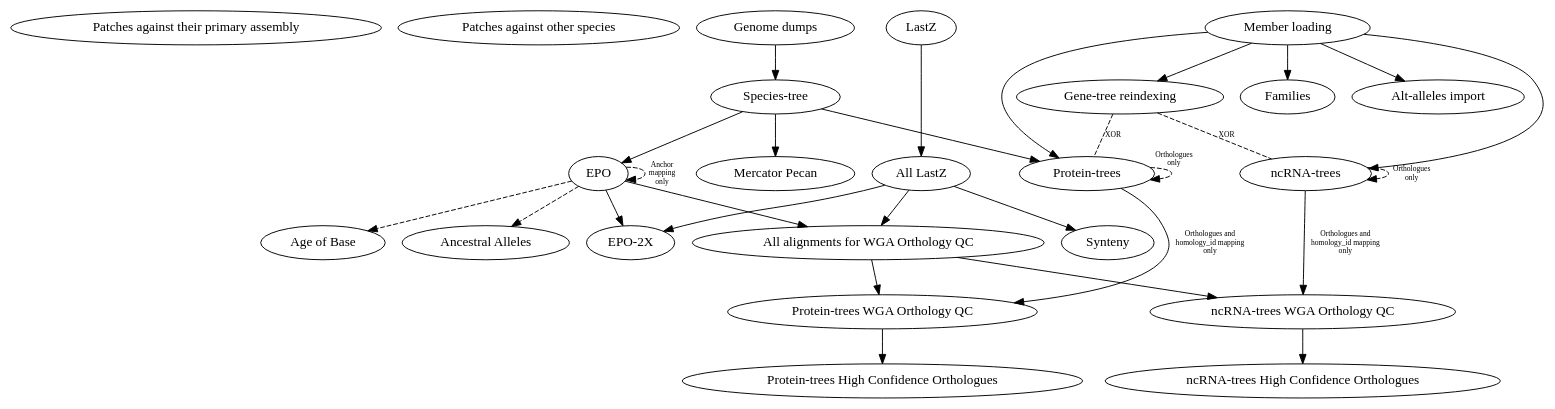
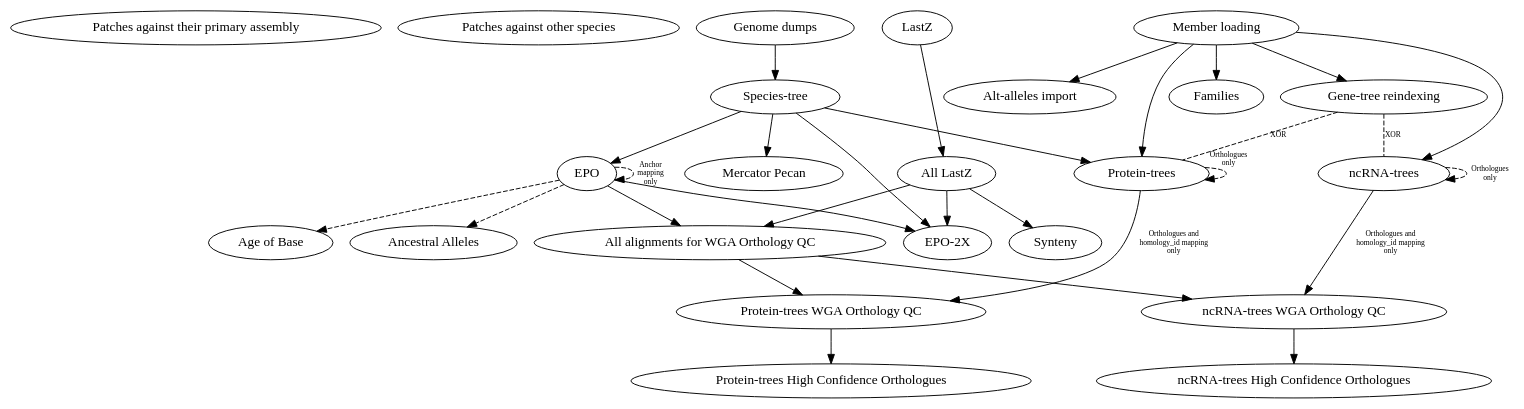
Before and after one commit to Ensembl/ensembl-compara: the diagram in scripts/jira_tickets/compara_merged.dot, drawn with Graphviz.

Commit message:
EPO2X also needs the species-tree

```diff
--- a/scripts/jira_tickets/compara_merged.dot
+++ b/scripts/jira_tickets/compara_merged.dot
@@ -1,26 +1,26 @@
 digraph {
     "Patches against their primary assembly";
     "Patches against other species";
 
     "Genome dumps" -> "Species-tree";
-    "Species-tree" -> { "EPO", "Mercator Pecan", "Protein-trees" };
+    "Species-tree" -> { "EPO", "EPO-2X", "Mercator Pecan", "Protein-trees" };
     {"EPO", "All LastZ"} -> "EPO-2X";
     "Member loading" -> { "Protein-trees", "ncRNA-trees", "Families", "Gene-tree reindexing", "Alt-alleles import" };
     "Protein-trees" -> "Protein-trees WGA Orthology QC" [fontsize="8", label="Orthologues and\nhomology_id mapping\nonly"];
     "ncRNA-trees" -> "ncRNA-trees WGA Orthology QC" [fontsize="8", label="Orthologues and\nhomology_id mapping\nonly"];
     {"All LastZ", "EPO"} -> "All alignments for WGA Orthology QC" -> {"Protein-trees WGA Orthology QC", "ncRNA-trees WGA Orthology QC"};
     "Protein-trees WGA Orthology QC" -> "Protein-trees High Confidence Orthologues";
     "ncRNA-trees WGA Orthology QC" -> "ncRNA-trees High Confidence Orthologues";
     "LastZ" -> "All LastZ" -> "Synteny";
 
     "Gene-tree reindexing" -> "ncRNA-trees" [style="dashed", dir=none, fontsize="8", label="XOR"];
     "Gene-tree reindexing" -> "Protein-trees" [style="dashed", dir=none, fontsize="8", label="XOR"];
     "EPO" -> "EPO" [style="dashed", fontsize="8", label="Anchor\nmapping\nonly", headport="Primates:e", tailport="Mammals:e"];
     "EPO" -> "Age of Base" [style="dashed", headport="Human:e", tailport="Mammals:w"];
     "EPO" -> "Ancestral Alleles" [style="dashed", headport="Vertebrates:w", tailport="Primates:w"];
     "Protein-trees" -> "Protein-trees" [style="dashed", fontsize="8", xlabel="Orthologues\nonly", headport="Murinae:w", tailport="Default vertebrates:w"];
     "ncRNA-trees" -> "ncRNA-trees" [style="dashed", fontsize="8", label="Orthologues\nonly", headport="Murinae:e", tailport="Default vertebrates:e"];
 
     // Helps laying out the graph
     {rank = same; "Genome dumps"; "LastZ"; "Member loading"; }
 }
```
